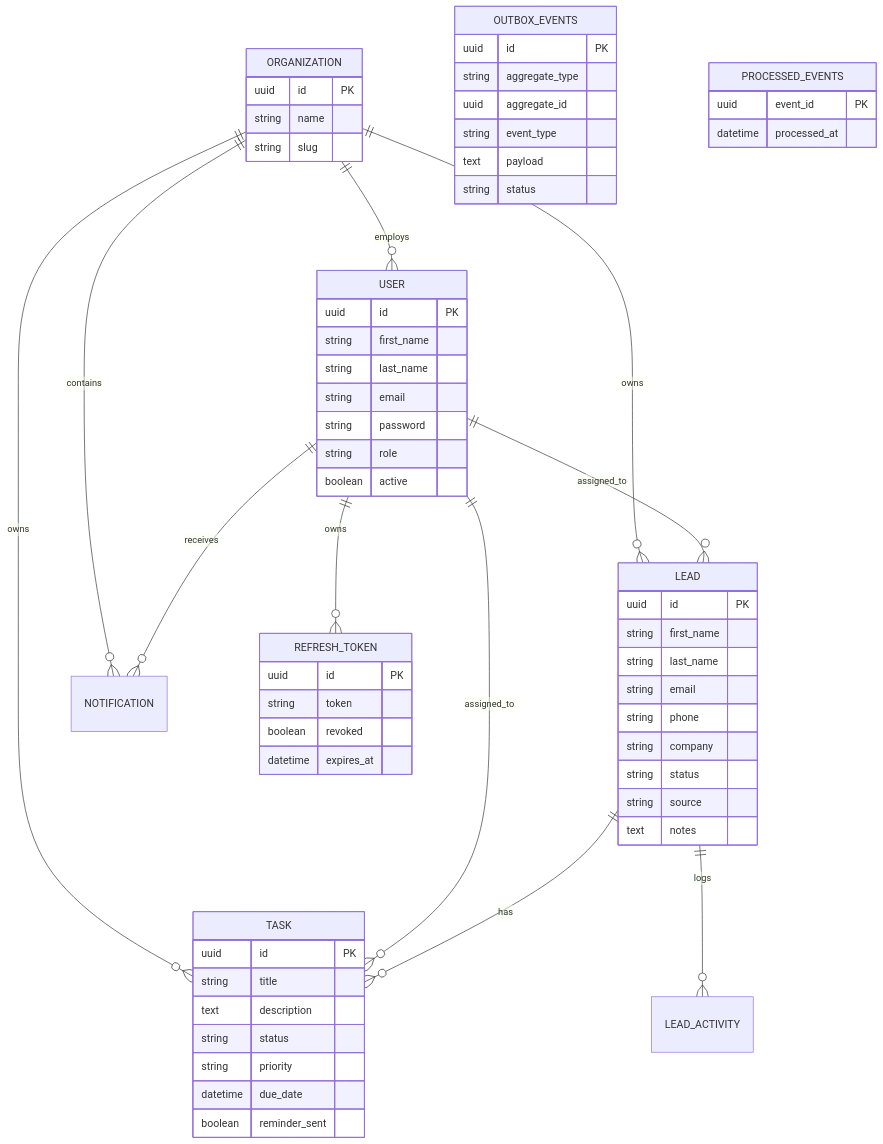
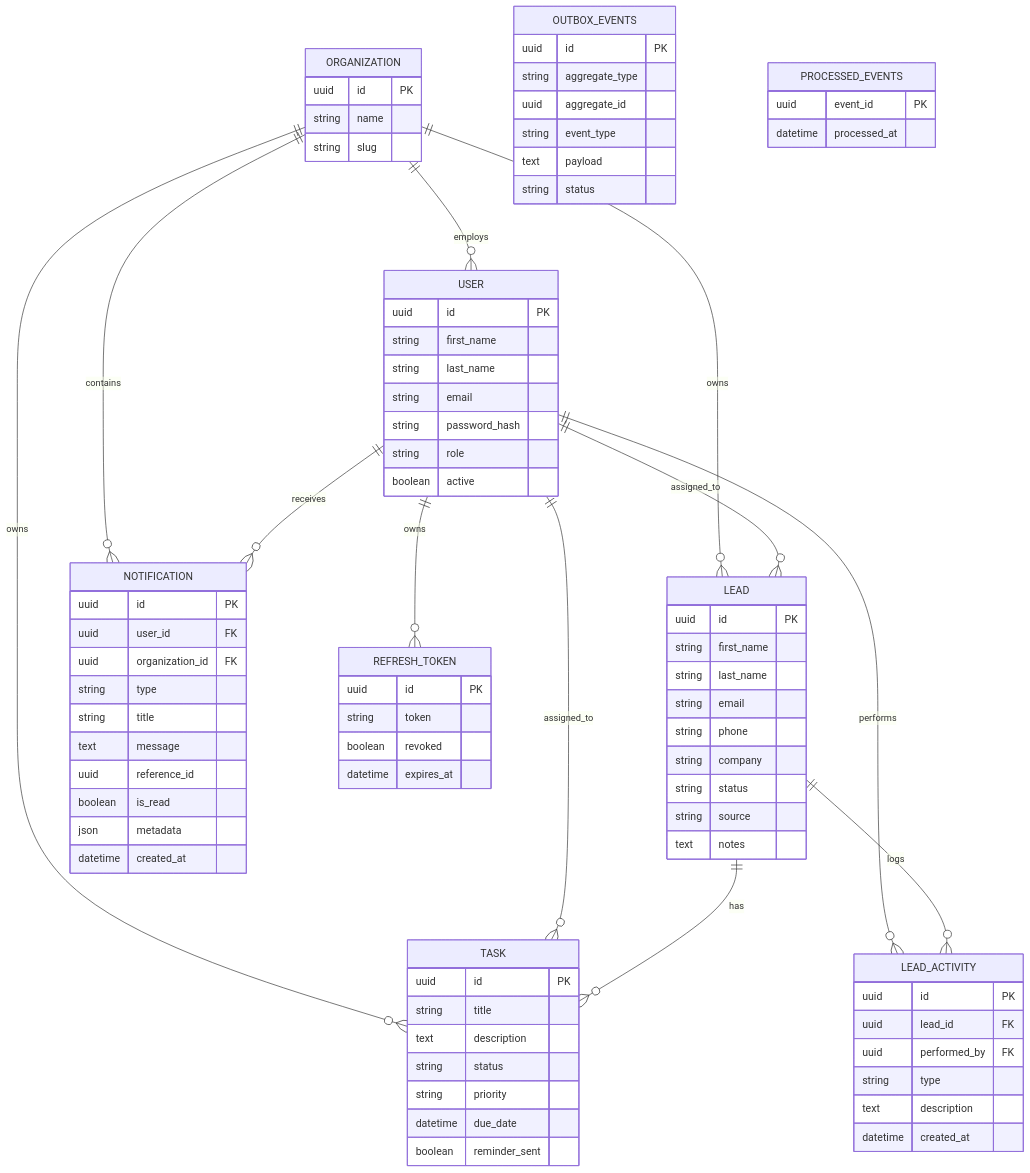
One commit to Rakshitshetty5/CRM changed the fourth of 4 diagrams in README.md. Above: the diagram before and after it, drawn with Mermaid. The commit also changed other lines of this file, not shown here.

````diff
--- a/README.md
+++ b/README.md
@@ -462,9 +469,10 @@
     USER ||--o{ LEAD : assigned_to
     USER ||--o{ TASK : assigned_to
     USER ||--o{ REFRESH_TOKEN : owns
+    USER ||--o{ NOTIFICATION : receives
+    USER ||--o{ LEAD_ACTIVITY : performs
     LEAD ||--o{ TASK : has
     LEAD ||--o{ LEAD_ACTIVITY : logs
-    USER ||--o{ NOTIFICATION : receives
 
     ORGANIZATION {
         uuid id PK
@@ -476,7 +484,7 @@
         string first_name
         string last_name
         string email
-        string password
+        string password_hash
         string role
         boolean active
     }
@@ -497,6 +505,14 @@
         string source
         text notes
     }
+    LEAD_ACTIVITY {
+        uuid id PK
+        uuid lead_id FK
+        uuid performed_by FK
+        string type
+        text description
+        datetime created_at
+    }
     TASK {
         uuid id PK
         string title
@@ -505,6 +521,18 @@
         string priority
         datetime due_date
         boolean reminder_sent
+    }
+    NOTIFICATION {
+        uuid id PK
+        uuid user_id FK
+        uuid organization_id FK
+        string type
+        string title
+        text message
+        uuid reference_id
+        boolean is_read
+        json metadata
+        datetime created_at
     }
     OUTBOX_EVENTS {
         uuid id PK
@@ -518,4 +546,5 @@
         uuid event_id PK
         datetime processed_at
     }
+
 ```
````
